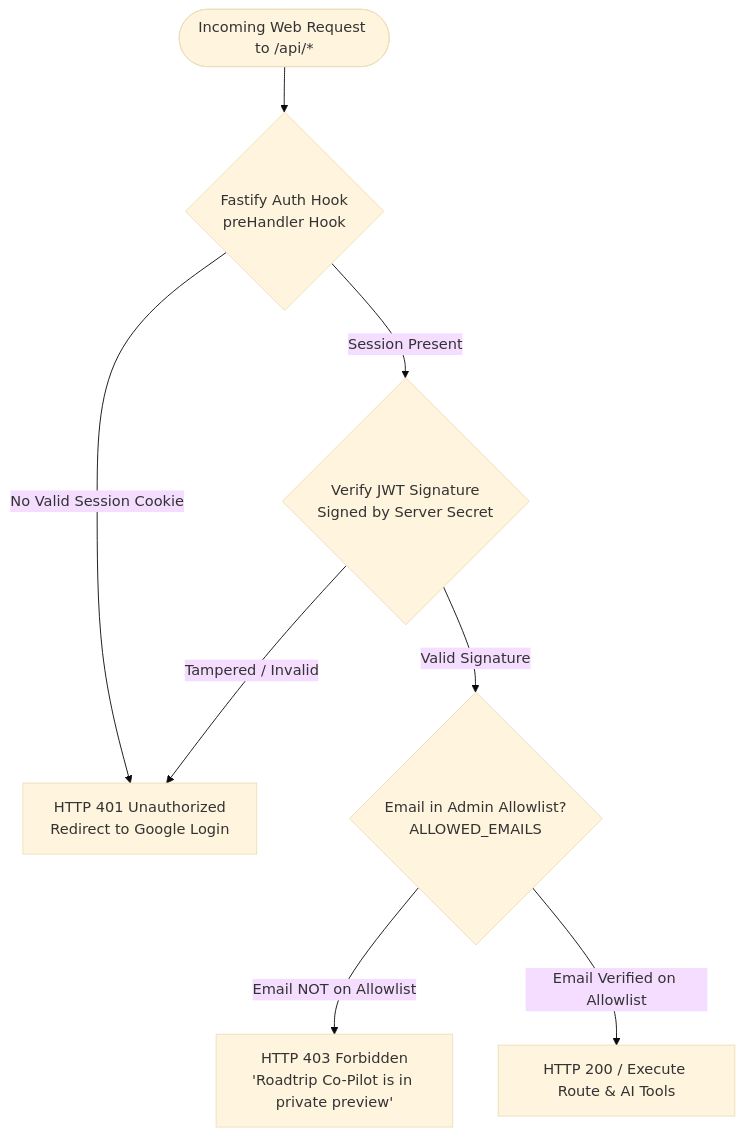
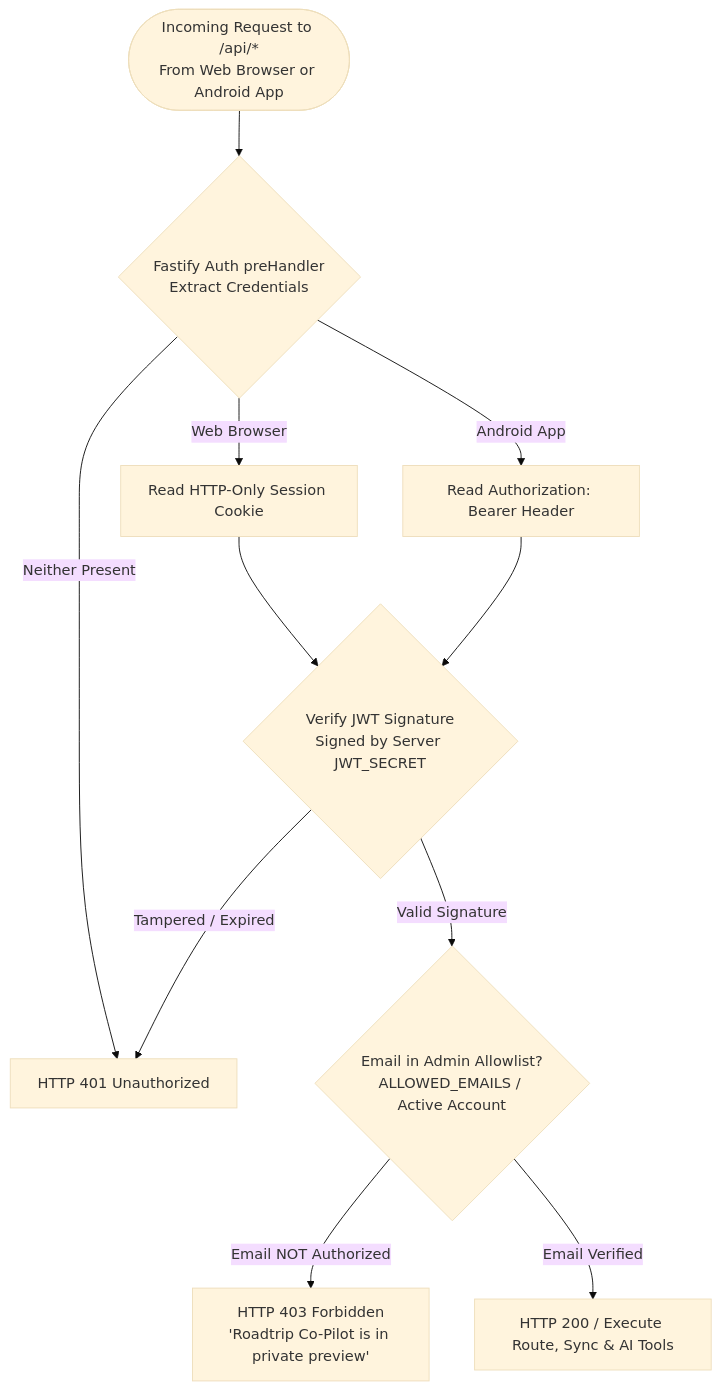
The fourth of 6 diagrams in docs/route_scout_cloud_architecture.md (ecoonradt/roadtrip-copilot), drawn with Mermaid (base theme) before and after one commit. The commit also changed other lines of this file and 2 other files, not shown here.

Commit message:
docs: add Android on-the-fly route editing and cloud client architecture

````diff
--- a/docs/route_scout_cloud_architecture.md
+++ b/docs/route_scout_cloud_architecture.md
@@ -166,13 +203,17 @@
 ```mermaid
 flowchart TD
-    Request([Incoming Web Request to /api/*]) --> AuthHook{Fastify Auth Hook\npreHandler Hook}
+    Request([Incoming Request to /api/*\nFrom Web Browser or Android App]) --> ExtractToken{Fastify Auth preHandler\nExtract Credentials}
     
-    AuthHook -->|No Valid Session Cookie| Reject401[HTTP 401 Unauthorized\nRedirect to Google Login]
-    AuthHook -->|Session Present| VerifySignature{Verify JWT Signature\nSigned by Server Secret}
+    ExtractToken -->|Web Browser| Cookie[Read HTTP-Only Session Cookie]
+    ExtractToken -->|Android App| Bearer[Read Authorization: Bearer Header]
+    ExtractToken -->|Neither Present| Reject401[HTTP 401 Unauthorized]
     
-    VerifySignature -->|Tampered / Invalid| Reject401
-    VerifySignature -->|Valid Signature| VerifyAllowlist{Email in Admin Allowlist?\nALLOWED_EMAILS}
+    Cookie --> VerifySignature{Verify JWT Signature\nSigned by Server JWT_SECRET}
+    Bearer --> VerifySignature
     
-    VerifyAllowlist -->|Email NOT on Allowlist| Reject403[HTTP 403 Forbidden\n'Roadtrip Co-Pilot is in private preview']
-    VerifyAllowlist -->|Email Verified on Allowlist| GrantAccess[HTTP 200 / Execute Route & AI Tools]
+    VerifySignature -->|Tampered / Expired| Reject401
+    VerifySignature -->|Valid Signature| VerifyAllowlist{Email in Admin Allowlist?\nALLOWED_EMAILS / Active Account}
+    
+    VerifyAllowlist -->|Email NOT Authorized| Reject403[HTTP 403 Forbidden\n'Roadtrip Co-Pilot is in private preview']
+    VerifyAllowlist -->|Email Verified| GrantAccess[HTTP 200 / Execute Route, Sync & AI Tools]
 ```
````
